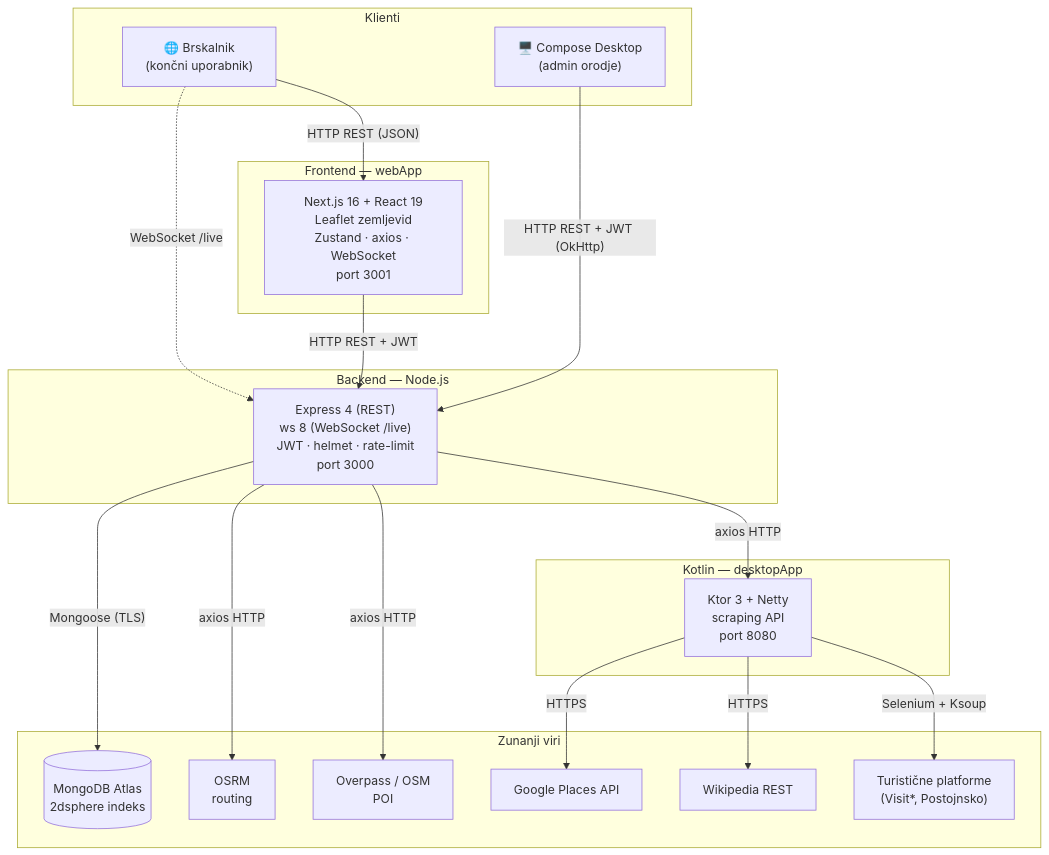
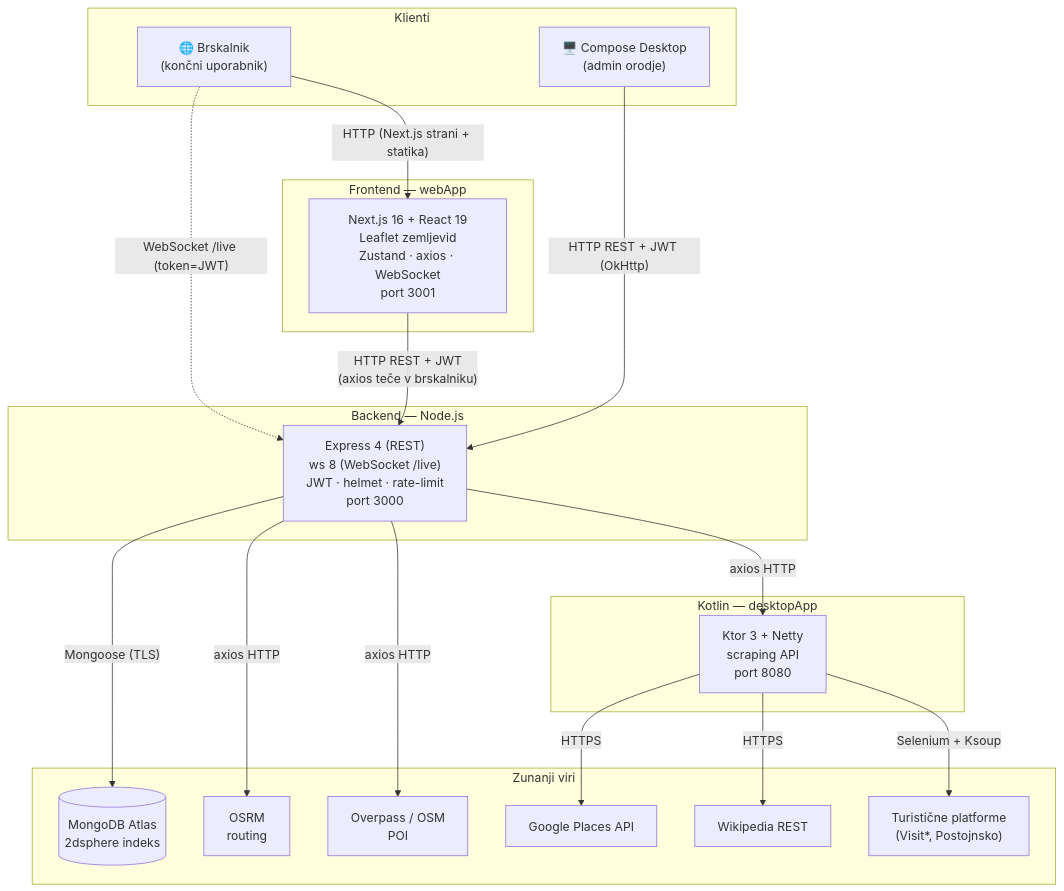
The fifth of 11 diagrams in DOKUMENTACIJA.md (DropInSlovenia/dokumentacija), drawn with Mermaid before and after one commit. The commit also changed other lines of this file, not shown here.

````diff
--- a/DOKUMENTACIJA.md
+++ b/DOKUMENTACIJA.md
@@ -297,42 +274,42 @@
 ```mermaid
 graph TB
     subgraph Klienti
         BR["🌐 Brskalnik<br/>(končni uporabnik)"]
         DT["🖥️ Compose Desktop<br/>(admin orodje)"]
     end
 
     subgraph "Frontend — webApp"
         FE["Next.js 16 + React 19<br/>Leaflet zemljevid<br/>Zustand · axios · WebSocket<br/>port 3001"]
     end
 
     subgraph "Backend — Node.js"
         BE["Express 4 (REST)<br/>ws 8 (WebSocket /live)<br/>JWT · helmet · rate-limit<br/>port 3000"]
     end
 
     subgraph "Kotlin — desktopApp"
         KT["Ktor 3 + Netty<br/>scraping API<br/>port 8080"]
     end
 
     subgraph "Zunanji viri"
         DB[("MongoDB Atlas<br/>2dsphere indeks")]
         OSRM["OSRM<br/>routing"]
         OV["Overpass / OSM<br/>POI"]
         GP["Google Places API"]
         WIKI["Wikipedia REST"]
         TUR["Turistične platforme<br/>(Visit*, Postojnsko)"]
     end
 
-    BR -->|"HTTP REST (JSON)"| FE
-    BR -.->|"WebSocket /live"| BE
-    FE -->|"HTTP REST + JWT"| BE
+    BR -->|"HTTP (Next.js strani + statika)"| FE
+    BR -.->|"WebSocket /live (token=JWT)"| BE
+    FE -->|"HTTP REST + JWT<br/>(axios teče v brskalniku)"| BE
     DT -->|"HTTP REST + JWT (OkHttp)"| BE
 
     BE -->|"Mongoose (TLS)"| DB
     BE -->|"axios HTTP"| OSRM
     BE -->|"axios HTTP"| OV
     BE -->|"axios HTTP"| KT
 
     KT -->|"HTTPS"| GP
     KT -->|"HTTPS"| WIKI
     KT -->|"Selenium + Ksoup"| TUR
 ```
````
